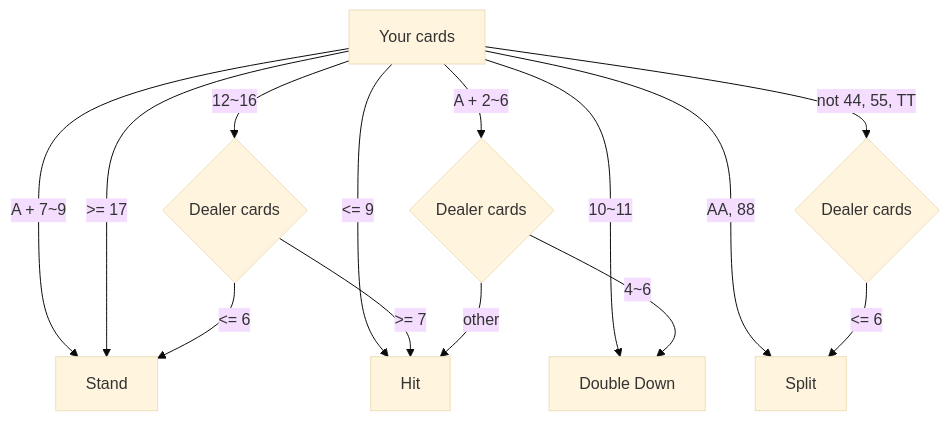
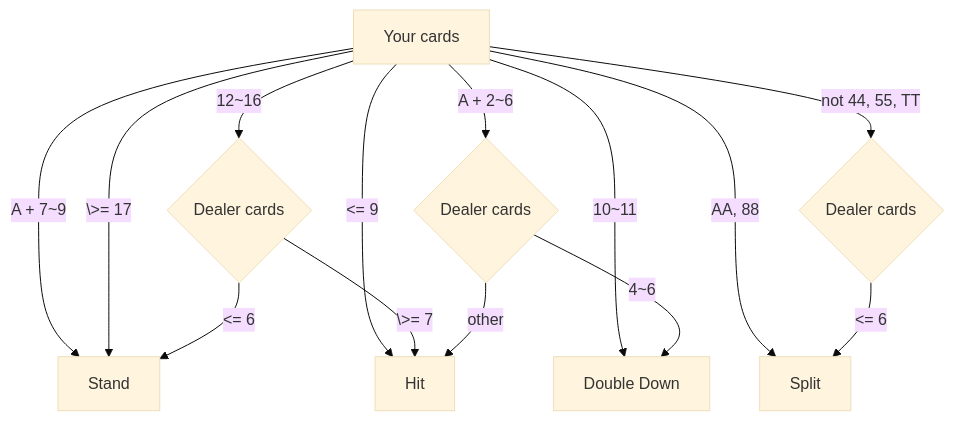
The second of 2 diagrams in README.md (eric19960304/blackjack-basic-strategy-decision-tree), drawn with Mermaid (base theme) before and after one commit. The commit also changed other lines of this file, not shown here.

````diff
--- a/README.md
+++ b/README.md
@@ -33,25 +33,25 @@
 ```mermaid
 flowchart TB
     playerCards[Your cards]
 
     playerCards --> |A + 7~9| stand
-    playerCards --> |>= 17| stand
+    playerCards --> | \>= 17| stand
     playerCards --> |12~16| delarCards{Dealer cards}
     playerCards --> |10~11| doubleDown
     playerCards --> |<= 9| hit
     playerCards --> |AA, 88| split
     playerCards --> |not 44, 55, TT| delarCards3{Dealer cards}
 
     playerCards --> |A + 2~6| delarCards2{Dealer cards}
 
     delarCards --> | <= 6| stand
-    delarCards --> | >= 7| hit
+    delarCards --> | \>= 7| hit
     delarCards2 --> |4~6| doubleDown
     delarCards2 --> |other| hit
     delarCards3 --> |<= 6| split
 
     stand[Stand]
     hit[Hit]
     doubleDown[Double Down]
     split[Split]
 ```
````
